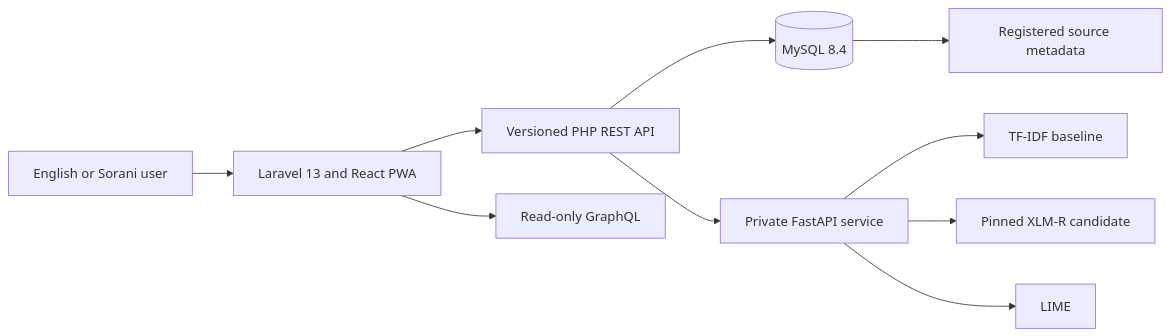
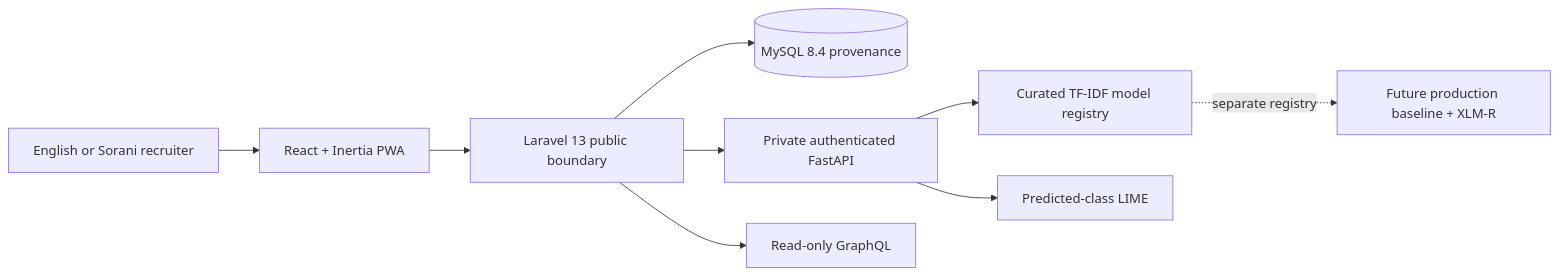
One commit to Karlo612/maternity-learning-navigator changed the diagram in README.md. Above: the diagram before and after it, drawn with Mermaid. The commit also changed other lines of this file and 7 other files, not shown here.

````diff
--- a/README.md
+++ b/README.md
@@ -22,12 +26,11 @@
 ```mermaid
 flowchart LR
-    U[English or Sorani user] --> W[Laravel 13 and React PWA]
-    W --> A[Versioned PHP REST API]
-    W --> G[Read-only GraphQL]
-    A --> D[(MySQL 8.4)]
-    A --> M[Private FastAPI service]
-    M --> B[TF-IDF baseline]
-    M --> X[Pinned XLM-R candidate]
-    M --> L[LIME]
-    D --> R[Registered source metadata]
+    U["English or Sorani recruiter"] --> R["React + Inertia PWA"]
+    R --> P["Laravel 13 public boundary"]
+    P --> D[("MySQL 8.4 provenance")]
+    P --> F["Private authenticated FastAPI"]
+    F --> M["Curated TF-IDF model registry"]
+    F --> L["Predicted-class LIME"]
+    P --> G["Read-only GraphQL"]
+    M -. separate registry .-> X["Future production baseline + XLM-R"]
 ```
````
